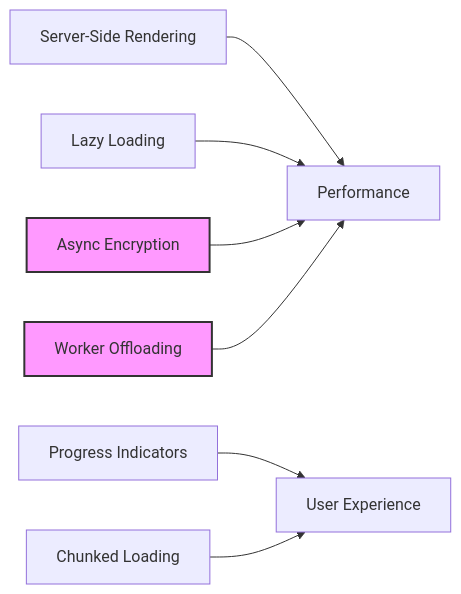
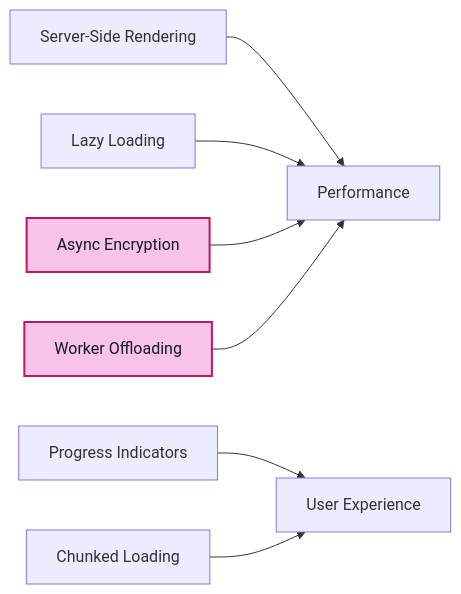
One commit to erfianugrah/pastebin changed the seventh of 8 diagrams in README.md. Above: the diagram before and after it, drawn with Mermaid. The commit also changed other lines of this file and 3 other files, not shown here.

````diff
--- a/README.md
+++ b/README.md
@@ -335,19 +337,19 @@
 ```mermaid
 flowchart LR
     SSR[Server-Side Rendering]
     LazyLoad[Lazy Loading]
     AsyncCrypto[Async Encryption]
     WorkerOffload[Worker Offloading]
     ProgressUI[Progress Indicators]
     ChunkedLoad[Chunked Loading]
 
     SSR --> Performance
     LazyLoad --> Performance
     AsyncCrypto --> Performance
     WorkerOffload --> Performance
     ProgressUI --> UX[User Experience]
     ChunkedLoad --> UX
     
     class WorkerOffload,AsyncCrypto emphasis
-    classDef emphasis fill:#f9f,stroke:#333,stroke-width:2px
+    classDef emphasis fill:#f9c2e8,stroke:#be185d,stroke-width:2px,color:#111827
 ```
````
